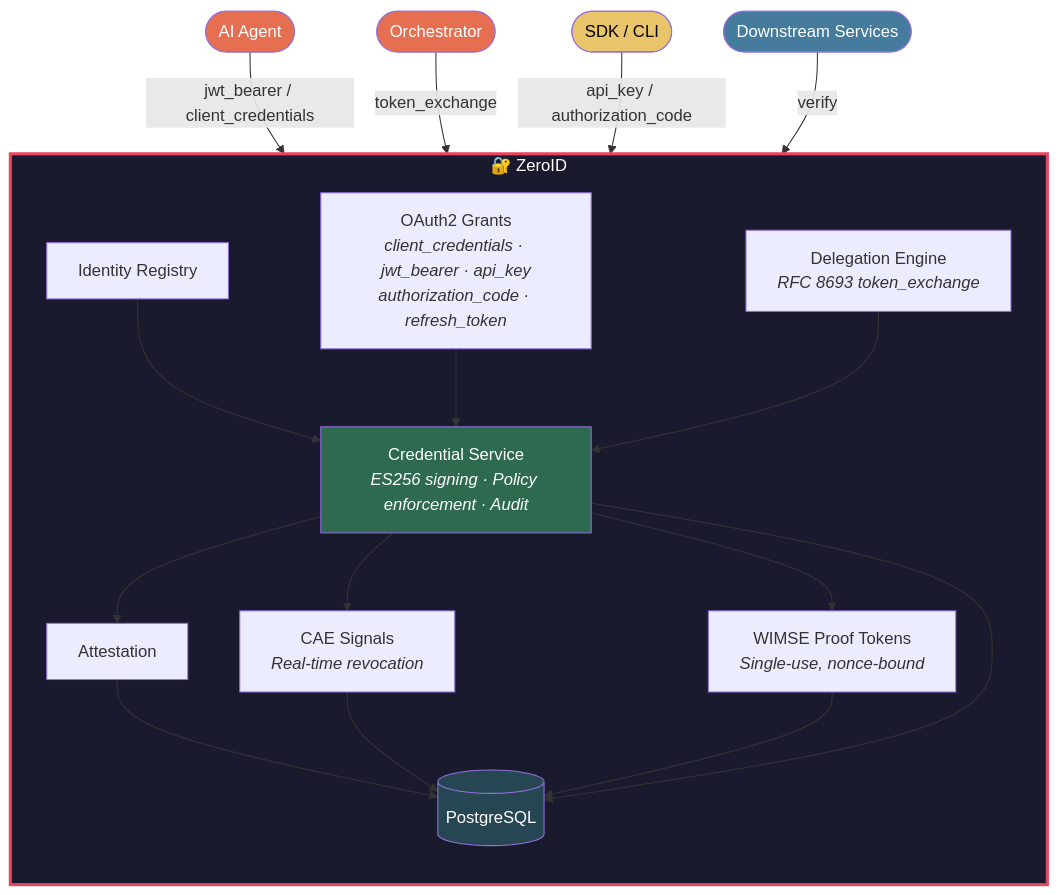
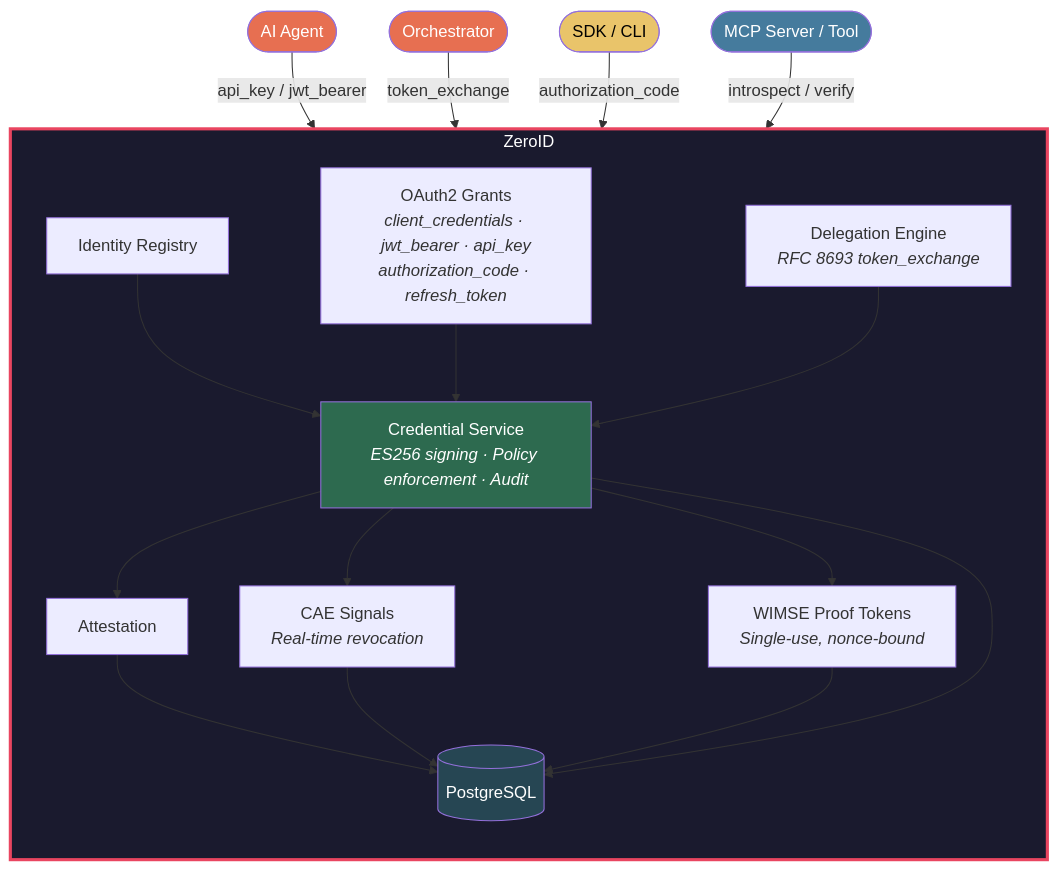
One commit to Kunal-5402/zeroid changed the diagram in README.md. Above: the diagram before and after it, drawn with Mermaid. The commit also changed other lines of this file, not shown here.

````diff
--- a/README.md
+++ b/README.md
@@ -170,31 +266,31 @@
 ```mermaid
 graph TD
-    subgraph ZEROID ["🔐 ZeroID"]
+    subgraph ZEROID ["ZeroID"]
         direction TB
         IR[Identity Registry] --> CS[Credential Service<br/><i>ES256 signing · Policy enforcement · Audit</i>]
         OG[OAuth2 Grants<br/><i>client_credentials · jwt_bearer · api_key<br/>authorization_code · refresh_token</i>] --> CS
         DL[Delegation Engine<br/><i>RFC 8693 token_exchange</i>] --> CS
 
         CS --> AT[Attestation]
         CS --> CAE[CAE Signals<br/><i>Real-time revocation</i>]
         CS --> WPT[WIMSE Proof Tokens<br/><i>Single-use, nonce-bound</i>]
 
         AT --> DB[(PostgreSQL)]
         CAE --> DB
         WPT --> DB
         CS --> DB
     end
 
-    Agent([AI Agent]) -- "jwt_bearer / client_credentials" --> OG
+    Agent([AI Agent]) -- "api_key / jwt_bearer" --> OG
     Orchestrator([Orchestrator]) -- "token_exchange" --> DL
-    SDK([SDK / CLI]) -- "api_key / authorization_code" --> OG
-    Downstream([Downstream Services]) -- "verify" --> WPT
+    SDK([SDK / CLI]) -- "authorization_code" --> OG
+    Downstream([MCP Server / Tool]) -- "introspect / verify" --> WPT
 
     style ZEROID fill:#1a1a2e,stroke:#e94560,stroke-width:3px,color:#fff
     style CS fill:#2d6a4f,color:#fff
     style DB fill:#264653,color:#fff
     style Agent fill:#e76f51,color:#fff
     style Orchestrator fill:#e76f51,color:#fff
     style SDK fill:#e9c46a,color:#000
     style Downstream fill:#457b9d,color:#fff
 ```
````
